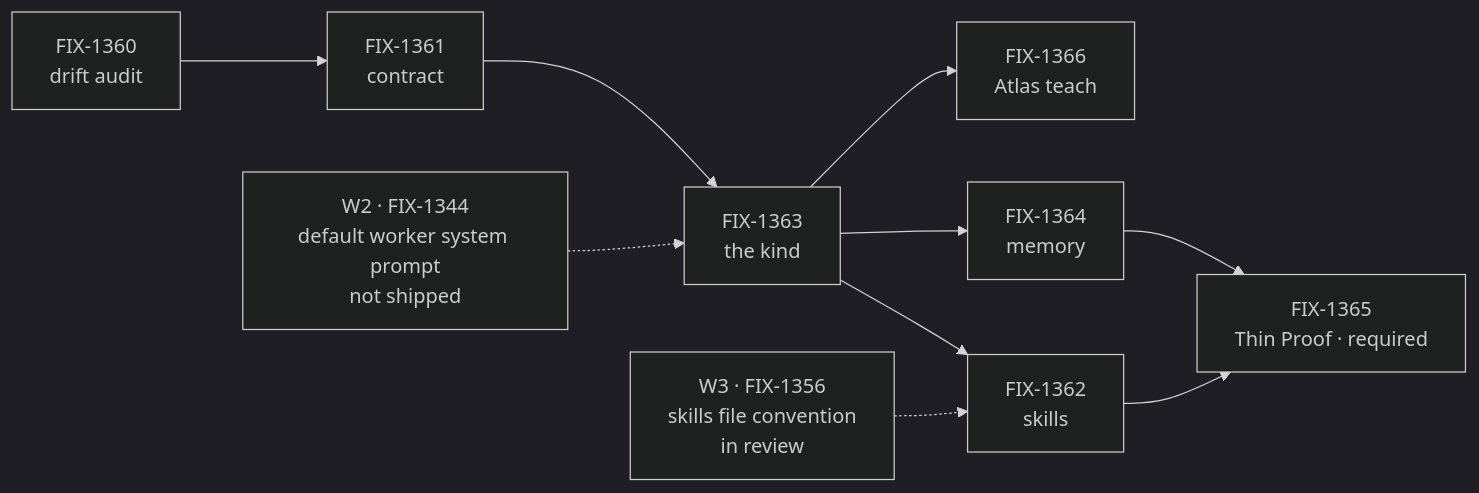
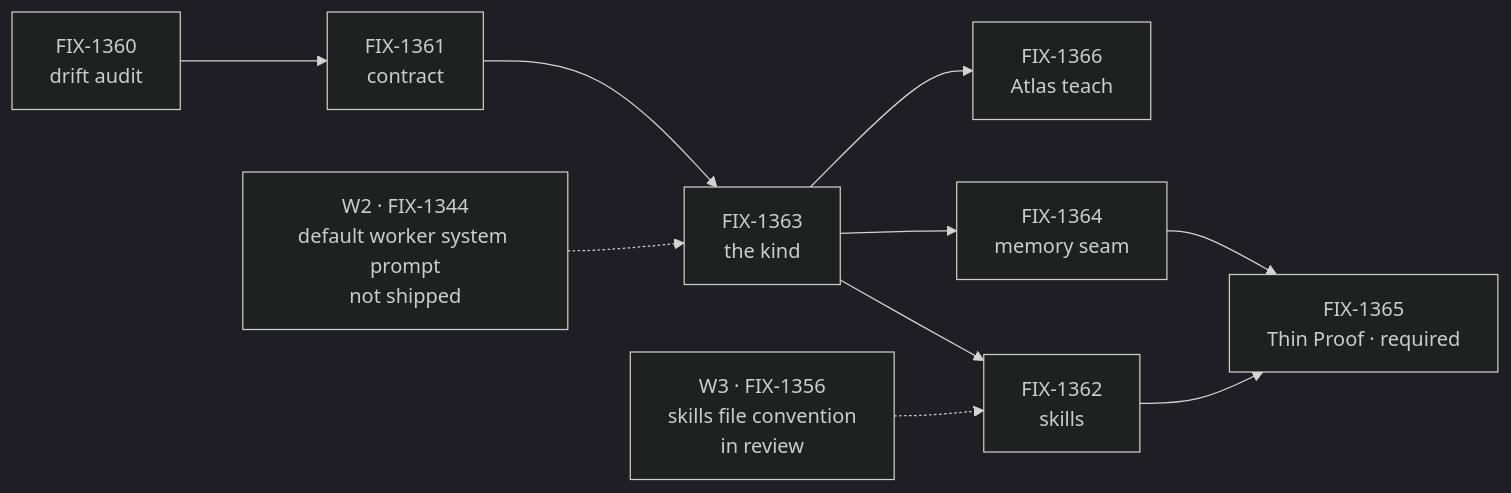
The fourth of 4 diagrams in spec/_epics/default-agent-kind.explainer.md (fixpoint-labs/flow-state-dev), drawn with Mermaid (dark theme) before and after one commit. The commit also changed other lines of this file and 1 other file, not shown here.

````diff
--- a/spec/_epics/default-agent-kind.explainer.md
+++ b/spec/_epics/default-agent-kind.explainer.md
@@ -63,12 +64,12 @@
 ```mermaid
 flowchart LR
   R["FIX-1360<br/>drift audit"] --> N["FIX-1361<br/>contract"]
   N --> B["FIX-1363<br/>the kind"]
   B --> SK["FIX-1362<br/>skills"]
-  B --> M["FIX-1364<br/>memory"]
+  B --> M["FIX-1364<br/>memory seam"]
   B --> T["FIX-1366<br/>Atlas teach"]
   SK --> P["FIX-1365<br/>Thin Proof · required"]
   M --> P
   D1["W2 · FIX-1344<br/>default worker system prompt<br/>not shipped"] -.-> B
   D2["W3 · FIX-1356<br/>skills file convention<br/>in review"] -.-> SK
 ```
````
